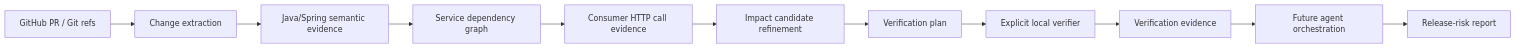
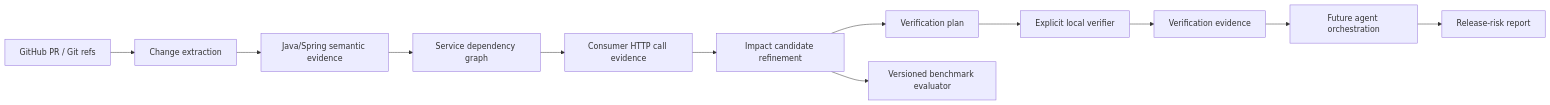
The diagram in README.md (SVB808/changeguard), drawn with Mermaid before and after one commit. The commit also changed other lines of this file, not shown here.

````diff
--- a/README.md
+++ b/README.md
@@ -209,13 +253,14 @@
 ```mermaid
 flowchart LR
   PR[GitHub PR / Git refs] --> E[Change extraction]
   E --> S[Java/Spring semantic evidence]
   S --> G[Service dependency graph]
   G --> C[Consumer HTTP call evidence]
   C --> I[Impact candidate refinement]
   I --> P[Verification plan]
   P --> V[Explicit local verifier]
   V --> R[Verification evidence]
+  I --> B[Versioned benchmark evaluator]
   R --> A[Future agent orchestration]
   A --> O[Release-risk report]
 ```
````
